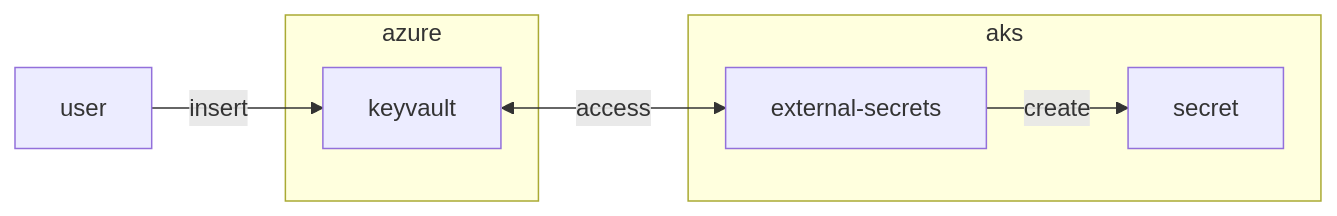
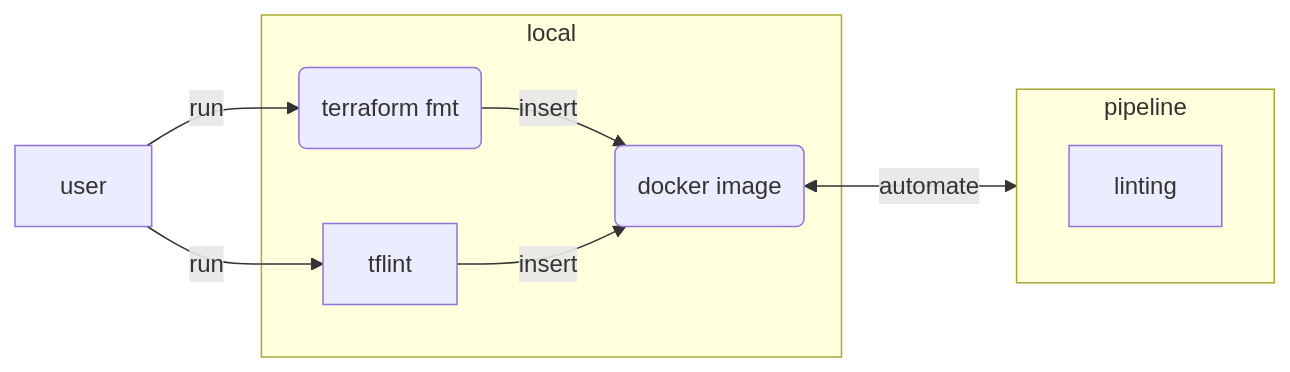
Before and after one commit to acend/terraform-training: the diagram in content/en/docs/07/4-solution4.md, drawn with Mermaid.

Commit message:
chore: update image

````diff
--- a/content/en/docs/07/4-solution4.md
+++ b/content/en/docs/07/4-solution4.md
@@ -7,11 +7,14 @@
 ```mermaid
 flowchart LR
-    user --> |insert|keyvault
-    subgraph azure
-        keyvault
+    user --> |run|fmt
+    user --> |run|tflint
+    dck <--> |automate|pipeline
+    subgraph pipeline
+        linting
     end
-    keyvault <--> |access|external-secrets
-    subgraph aks
-        external-secrets --> |create|secret
+    subgraph local
+        fmt(terraform fmt) --> |insert|dck
+        tflint --> |insert|dck
+        dck(docker image)
     end
 ```
````
